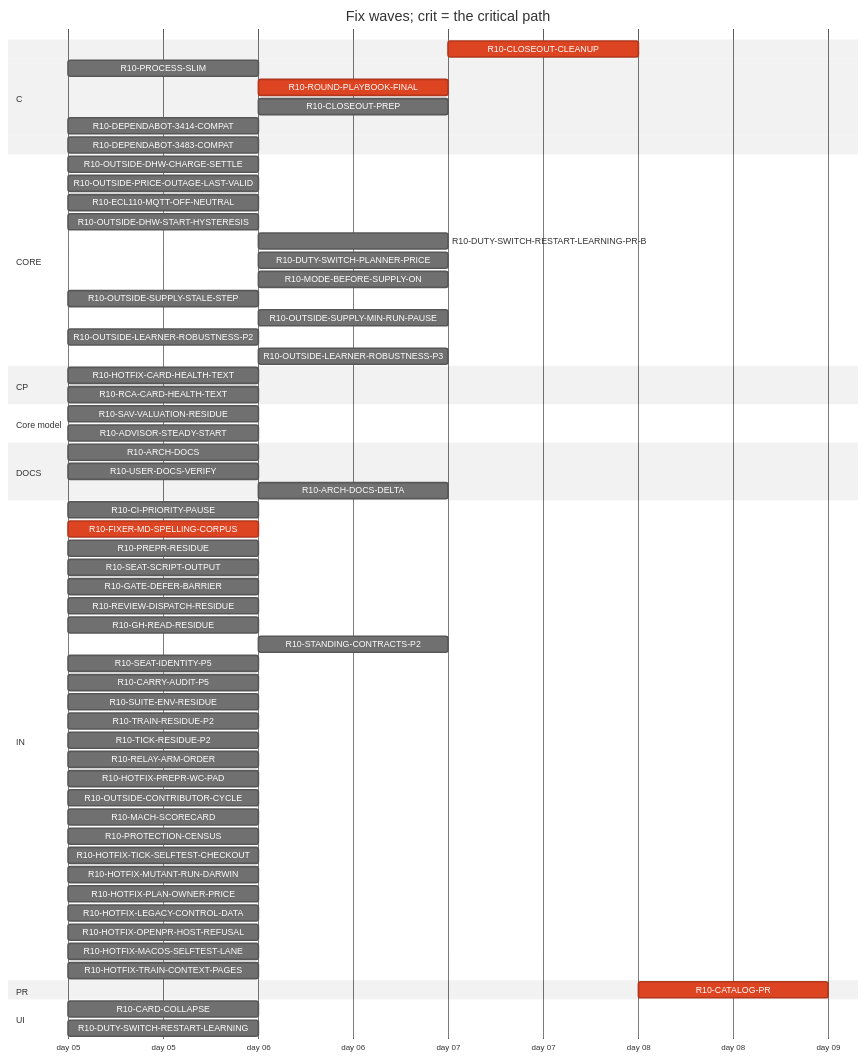
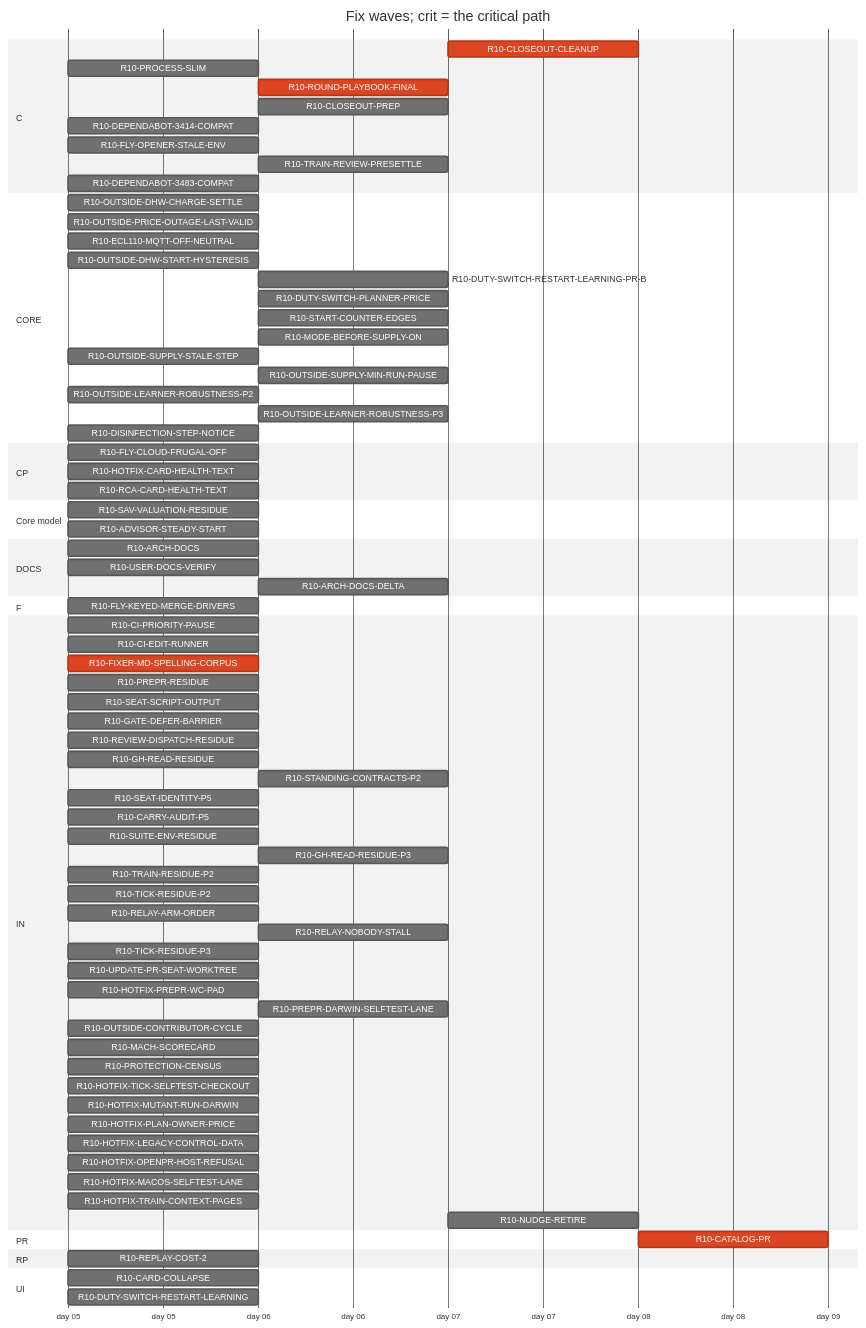
One commit to tvofi/heatpump_optimizer changed the diagram in handoff/round10/state/PLAN-TABLE.md. Above: the diagram before and after it, drawn with Mermaid (neutral theme). The commit also changed other lines of this file and 3 other files, not shown here.

Commit message:
state: FLOW-BOARD.md, NEXT-SESSION-PROMPT.md, PLAN-TABLE.md, RESUME-CURRENT.md regenerated (state_docs.py)

````diff
--- a/handoff/round10/state/PLAN-TABLE.md
+++ b/handoff/round10/state/PLAN-TABLE.md
@@ -21,66 +23,82 @@
 ```mermaid
 gantt
   title Fix waves; crit = the critical path
   dateFormat YYYY-MM-DD
   axisFormat day %d
   section C
     R10-CLOSEOUT-CLEANUP :crit, r10CLOSEOUTCLEANUP, after r10ARCHDOCS r10USERDOCSVERIFY r10ROUNDPLAYBOOKFINAL r10CLOSEOUTPREP r10ARCHDOCSDELTA, 1d
     R10-PROCESS-SLIM :r10PROCESSSLIM, 2026-01-05, 1d
     R10-ROUND-PLAYBOOK-FINAL :crit, r10ROUNDPLAYBOOKFINAL, after r10FIXERMDSPELLINGCORPUS, 1d
     R10-CLOSEOUT-PREP :r10CLOSEOUTPREP, after r10ARCHDOCS r10FIXERMDSPELLINGCORPUS, 1d
     R10-DEPENDABOT-3414-COMPAT :r10DEPENDABOT3414COMPAT, 2026-01-05, 1d
+    R10-FLY-OPENER-STALE-ENV :r10FLYOPENERSTALEENV, 2026-01-05, 1d
+    R10-TRAIN-REVIEW-PRESETTLE :r10TRAINREVIEWPRESETTLE, after r10TRAINRESIDUEP2, 1d
     R10-DEPENDABOT-3483-COMPAT :r10DEPENDABOT3483COMPAT, 2026-01-05, 1d
   section CORE
     R10-OUTSIDE-DHW-CHARGE-SETTLE :r10OUTSIDEDHWCHARGESETTLE, 2026-01-05, 1d
     R10-OUTSIDE-PRICE-OUTAGE-LAST-VALID :r10OUTSIDEPRICEOUTAGELASTVALID, 2026-01-05, 1d
     R10-ECL110-MQTT-OFF-NEUTRAL :r10ECL110MQTTOFFNEUTRAL, 2026-01-05, 1d
     R10-OUTSIDE-DHW-START-HYSTERESIS :r10OUTSIDEDHWSTARTHYSTERESIS, 2026-01-05, 1d
     R10-DUTY-SWITCH-RESTART-LEARNING-PR-B :r10DUTYSWITCHRESTARTLEARNINGPRB, after r10DUTYSWITCHRESTARTLEARNING, 1d
     R10-DUTY-SWITCH-PLANNER-PRICE :r10DUTYSWITCHPLANNERPRICE, after r10DUTYSWITCHRESTARTLEARNING, 1d
+    R10-START-COUNTER-EDGES :r10STARTCOUNTEREDGES, after r10DUTYSWITCHRESTARTLEARNING, 1d
     R10-MODE-BEFORE-SUPPLY-ON :r10MODEBEFORESUPPLYON, after r10DUTYSWITCHRESTARTLEARNING, 1d
     R10-OUTSIDE-SUPPLY-STALE-STEP :r10OUTSIDESUPPLYSTALESTEP, 2026-01-05, 1d
     R10-OUTSIDE-SUPPLY-MIN-RUN-PAUSE :r10OUTSIDESUPPLYMINRUNPAUSE, after r10OUTSIDESUPPLYSTALESTEP, 1d
     R10-OUTSIDE-LEARNER-ROBUSTNESS-P2 :r10OUTSIDELEARNERROBUSTNESSP2, 2026-01-05, 1d
     R10-OUTSIDE-LEARNER-ROBUSTNESS-P3 :r10OUTSIDELEARNERROBUSTNESSP3, after r10OUTSIDELEARNERROBUSTNESSP2, 1d
+    R10-DISINFECTION-STEP-NOTICE :r10DISINFECTIONSTEPNOTICE, 2026-01-05, 1d
   section CP
+    R10-FLY-CLOUD-FRUGAL-OFF :r10FLYCLOUDFRUGALOFF, 2026-01-05, 1d
     R10-HOTFIX-CARD-HEALTH-TEXT :r10HOTFIXCARDHEALTHTEXT, 2026-01-05, 1d
     R10-RCA-CARD-HEALTH-TEXT :r10RCACARDHEALTHTEXT, 2026-01-05, 1d
   section Core model
     R10-SAV-VALUATION-RESIDUE :r10SAVVALUATIONRESIDUE, 2026-01-05, 1d
     R10-ADVISOR-STEADY-START :r10ADVISORSTEADYSTART, 2026-01-05, 1d
   section DOCS
     R10-ARCH-DOCS :r10ARCHDOCS, 2026-01-05, 1d
     R10-USER-DOCS-VERIFY :r10USERDOCSVERIFY, 2026-01-05, 1d
     R10-ARCH-DOCS-DELTA :r10ARCHDOCSDELTA, after r10ARCHDOCS r10SAVVALUATIONRESIDUE r10ADVISORSTEADYSTART r10PROCESSSLIM, 1d
+  section F
+    R10-FLY-KEYED-MERGE-DRIVERS :r10FLYKEYEDMERGEDRIVERS, 2026-01-05, 1d
   section IN
     R10-CI-PRIORITY-PAUSE :r10CIPRIORITYPAUSE, 2026-01-05, 1d
+    R10-CI-EDIT-RUNNER :r10CIEDITRUNNER, 2026-01-05, 1d
     R10-FIXER-MD-SPELLING-CORPUS :crit, r10FIXERMDSPELLINGCORPUS, 2026-01-05, 1d
     R10-PREPR-RESIDUE :r10PREPRRESIDUE, 2026-01-05, 1d
     R10-SEAT-SCRIPT-OUTPUT :r10SEATSCRIPTOUTPUT, 2026-01-05, 1d
     R10-GATE-DEFER-BARRIER :r10GATEDEFERBARRIER, 2026-01-05, 1d
     R10-REVIEW-DISPATCH-RESIDUE :r10REVIEWDISPATCHRESIDUE, 2026-01-05, 1d
     R10-GH-READ-RESIDUE :r10GHREADRESIDUE, 2026-01-05, 1d
     R10-STANDING-CONTRACTS-P2 :r10STANDINGCONTRACTSP2, after r10FIXERMDSPELLINGCORPUS, 1d
     R10-SEAT-IDENTITY-P5 :r10SEATIDENTITYP5, 2026-01-05, 1d
     R10-CARRY-AUDIT-P5 :r10CARRYAUDITP5, 2026-01-05, 1d
     R10-SUITE-ENV-RESIDUE :r10SUITEENVRESIDUE, 2026-01-05, 1d
+    R10-GH-READ-RESIDUE-P3 :r10GHREADRESIDUEP3, after r10GHREADRESIDUE, 1d
     R10-TRAIN-RESIDUE-P2 :r10TRAINRESIDUEP2, 2026-01-05, 1d
     R10-TICK-RESIDUE-P2 :r10TICKRESIDUEP2, 2026-01-05, 1d
     R10-RELAY-ARM-ORDER :r10RELAYARMORDER, 2026-01-05, 1d
+    R10-RELAY-NOBODY-STALL :r10RELAYNOBODYSTALL, after r10RELAYARMORDER r10REVIEWDISPATCHRESIDUE, 1d
+    R10-TICK-RESIDUE-P3 :r10TICKRESIDUEP3, 2026-01-05, 1d
+    R10-UPDATE-PR-SEAT-WORKTREE :r10UPDATEPRSEATWORKTREE, 2026-01-05, 1d
     R10-HOTFIX-PREPR-WC-PAD :r10HOTFIXPREPRWCPAD, 2026-01-05, 1d
+    R10-PREPR-DARWIN-SELFTEST-LANE :r10PREPRDARWINSELFTESTLANE, after r10HOTFIXPREPRWCPAD, 1d
     R10-OUTSIDE-CONTRIBUTOR-CYCLE :r10OUTSIDECONTRIBUTORCYCLE, 2026-01-05, 1d
     R10-MACH-SCORECARD :r10MACHSCORECARD, 2026-01-05, 1d
     R10-PROTECTION-CENSUS :r10PROTECTIONCENSUS, 2026-01-05, 1d
     R10-HOTFIX-TICK-SELFTEST-CHECKOUT :r10HOTFIXTICKSELFTESTCHECKOUT, 2026-01-05, 1d
     R10-HOTFIX-MUTANT-RUN-DARWIN :r10HOTFIXMUTANTRUNDARWIN, 2026-01-05, 1d
     R10-HOTFIX-PLAN-OWNER-PRICE :r10HOTFIXPLANOWNERPRICE, 2026-01-05, 1d
     R10-HOTFIX-LEGACY-CONTROL-DATA :r10HOTFIXLEGACYCONTROLDATA, 2026-01-05, 1d
     R10-HOTFIX-OPENPR-HOST-REFUSAL :r10HOTFIXOPENPRHOSTREFUSAL, 2026-01-05, 1d
     R10-HOTFIX-MACOS-SELFTEST-LANE :r10HOTFIXMACOSSELFTESTLANE, 2026-01-05, 1d
     R10-HOTFIX-TRAIN-CONTEXT-PAGES :r10HOTFIXTRAINCONTEXTPAGES, 2026-01-05, 1d
+    R10-NUDGE-RETIRE :r10NUDGERETIRE, after r10ROUNDPLAYBOOKFINAL, 1d
   section PR
     R10-CATALOG-PR :crit, r10CATALOGPR, after r10USERDOCSVERIFY r10ARCHDOCS r10ROUNDPLAYBOOKFINAL r10CLOSEOUTCLEANUP r10CLOSEOUTPREP r10ARCHDOCSDELTA, 1d
+  section RP
+    R10-REPLAY-COST-2 :r10REPLAYCOST2, 2026-01-05, 1d
   section UI
     R10-CARD-COLLAPSE :r10CARDCOLLAPSE, 2026-01-05, 1d
     R10-DUTY-SWITCH-RESTART-LEARNING :r10DUTYSWITCHRESTARTLEARNING, 2026-01-05, 1d
 ```
````
